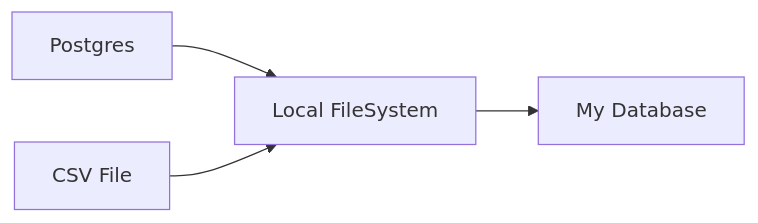
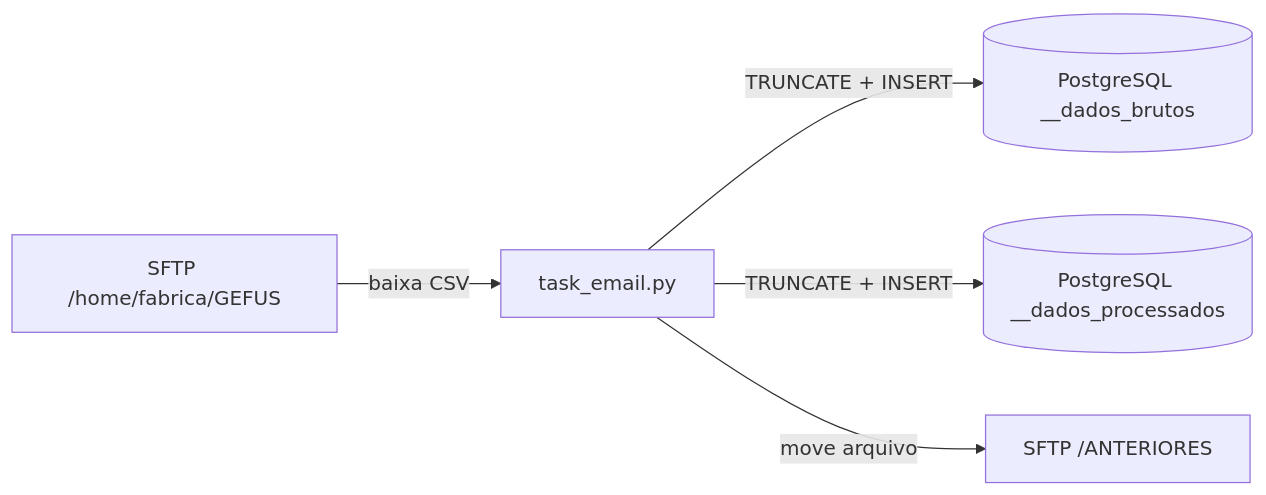
One commit to RicardoMarinho-code/automacoes-MCID-airflow changed the diagram in README.md. Above: the diagram before and after it, drawn with Mermaid. The commit also changed other lines of this file, not shown here.

````diff
--- a/README.md
+++ b/README.md
@@ -12,7 +10,7 @@
 ```mermaid
-
-graph LR;
-    A[Postgres]-->B[Local FileSystem];
-    C[CSV File]-->B;
-    B--> D[My Database]
+graph LR
+    A[SFTP /home/fabrica/GEFUS] -->|baixa CSV| B[task_email.py]
+    B -->|TRUNCATE + INSERT| C[(PostgreSQL __dados_brutos)]
+    B -->|TRUNCATE + INSERT| D[(PostgreSQL __dados_processados)]
+    B -->|move arquivo| E[SFTP /ANTERIORES]
 ```
````
